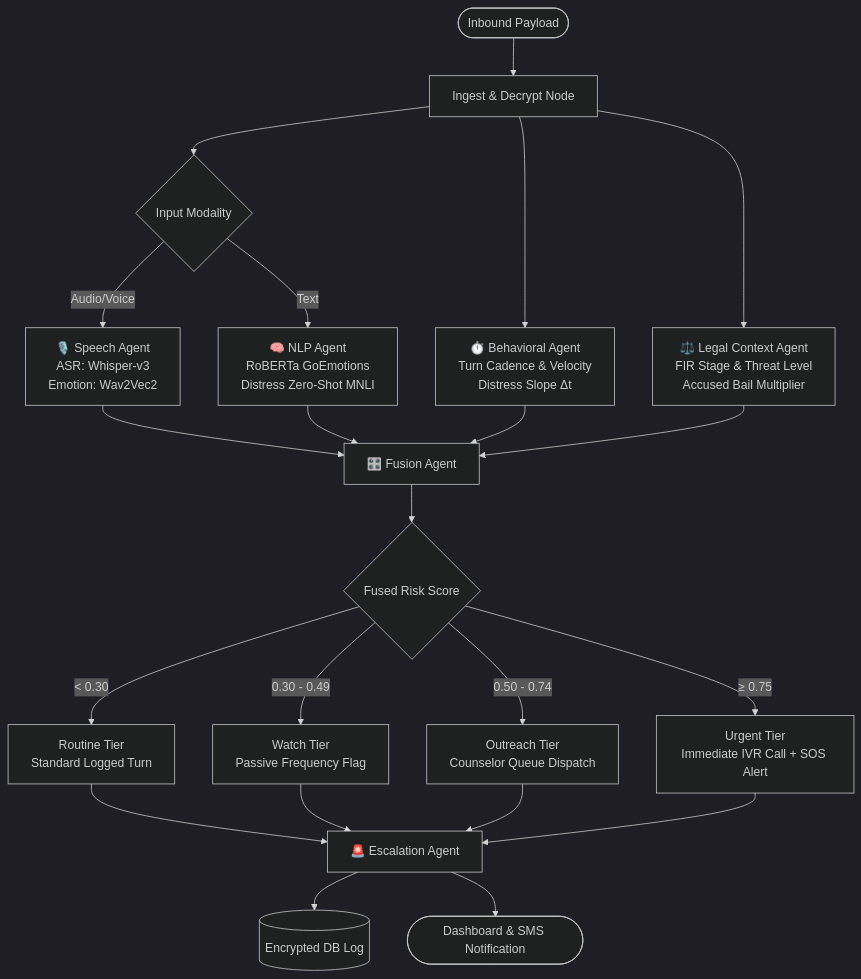
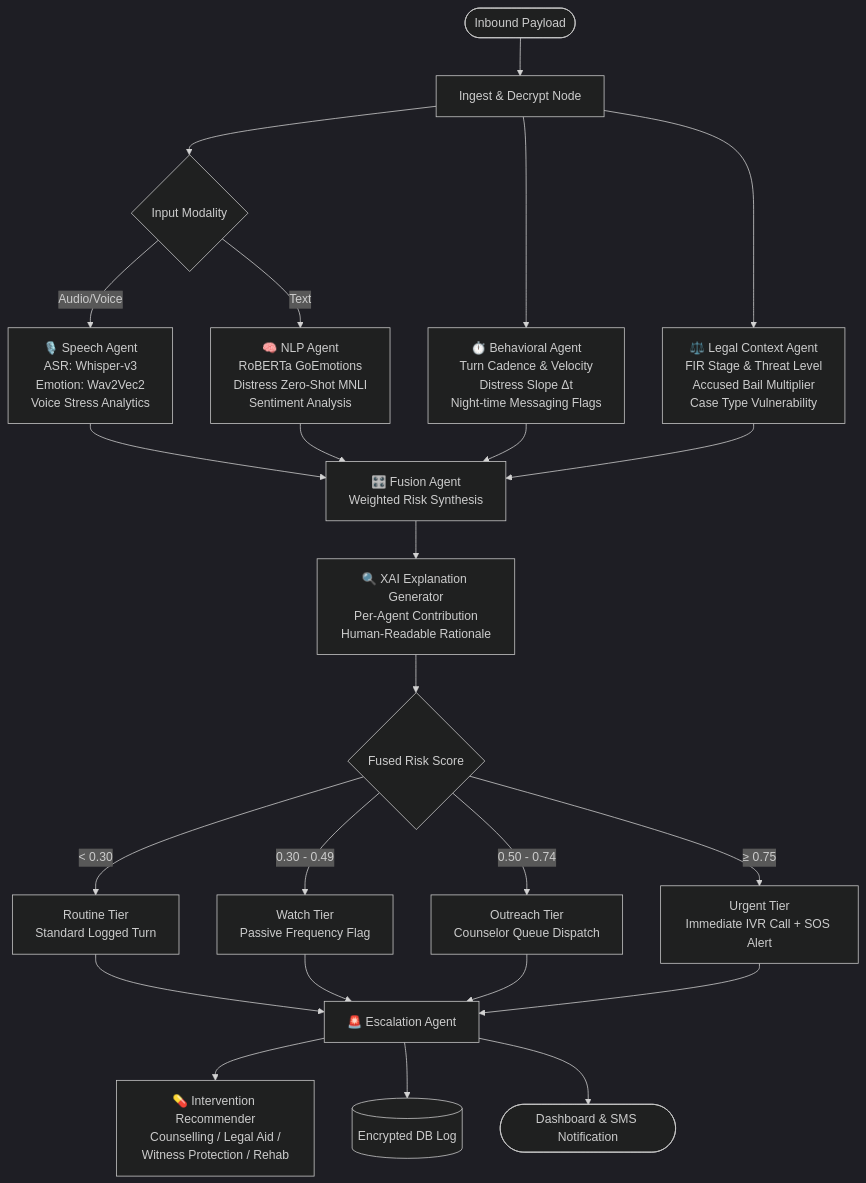
Before and after one commit to SIH-Developers/Nyaya-Sakhi: the third of 3 diagrams in README.md, drawn with Mermaid (dark theme). The commit also changed other lines of this file and 3 other files, not shown here.

````diff
--- a/README.md
+++ b/README.md
@@ -145,31 +201,33 @@
 ```mermaid
 graph TD
     START([Inbound Payload]) --> INGEST[Ingest & Decrypt Node]
     INGEST --> SPLIT{Input Modality}
     
-    SPLIT -->|Audio/Voice| SPEECH[🎙️ Speech Agent<br/>ASR: Whisper-v3<br/>Emotion: Wav2Vec2]
-    SPLIT -->|Text| NLP[🧠 NLP Agent<br/>RoBERTa GoEmotions<br/>Distress Zero-Shot MNLI]
+    SPLIT -->|Audio/Voice| SPEECH["🎙️ Speech Agent<br/>ASR: Whisper-v3<br/>Emotion: Wav2Vec2<br/>Voice Stress Analytics"]
+    SPLIT -->|Text| NLP["🧠 NLP Agent<br/>RoBERTa GoEmotions<br/>Distress Zero-Shot MNLI<br/>Sentiment Analysis"]
     
-    INGEST --> BEH[⏱️ Behavioral Agent<br/>Turn Cadence & Velocity<br/>Distress Slope Δt]
-    INGEST --> CTX[⚖️ Legal Context Agent<br/>FIR Stage & Threat Level<br/>Accused Bail Multiplier]
+    INGEST --> BEH["⏱️ Behavioral Agent<br/>Turn Cadence & Velocity<br/>Distress Slope Δt<br/>Night-time Messaging Flags"]
+    INGEST --> CTX["⚖️ Legal Context Agent<br/>FIR Stage & Threat Level<br/>Accused Bail Multiplier<br/>Case Type Vulnerability"]
     
-    SPEECH --> FUSION[🎛️ Fusion Agent]
+    SPEECH --> FUSION["🎛️ Fusion Agent<br/>Weighted Risk Synthesis"]
     NLP --> FUSION
     BEH --> FUSION
     CTX --> FUSION
     
-    FUSION --> EVAL{Fused Risk Score}
+    FUSION --> XAI["🔍 XAI Explanation Generator<br/>Per-Agent Contribution<br/>Human-Readable Rationale"]
+    XAI --> EVAL{Fused Risk Score}
     
-    EVAL -->|< 0.30| ROUTINE[Routine Tier<br/>Standard Logged Turn]
-    EVAL -->|0.30 - 0.49| WATCH[Watch Tier<br/>Passive Frequency Flag]
-    EVAL -->|0.50 - 0.74| OUTREACH[Outreach Tier<br/>Counselor Queue Dispatch]
-    EVAL -->|≥ 0.75| URGENT[Urgent Tier<br/>Immediate IVR Call + SOS Alert]
+    EVAL -->|"< 0.30"| ROUTINE["Routine Tier<br/>Standard Logged Turn"]
+    EVAL -->|"0.30 - 0.49"| WATCH["Watch Tier<br/>Passive Frequency Flag"]
+    EVAL -->|"0.50 - 0.74"| OUTREACH["Outreach Tier<br/>Counselor Queue Dispatch"]
+    EVAL -->|"≥ 0.75"| URGENT["Urgent Tier<br/>Immediate IVR Call + SOS Alert"]
     
     ROUTINE --> ESCALATION[🚨 Escalation Agent]
     WATCH --> ESCALATION
     OUTREACH --> ESCALATION
     URGENT --> ESCALATION
     
+    ESCALATION --> INTERVENTION["💊 Intervention Recommender<br/>Counselling / Legal Aid /<br/>Witness Protection / Rehab"]
     ESCALATION --> DB_WRITE[(Encrypted DB Log)]
     ESCALATION --> END([Dashboard & SMS Notification])
 ```
````
